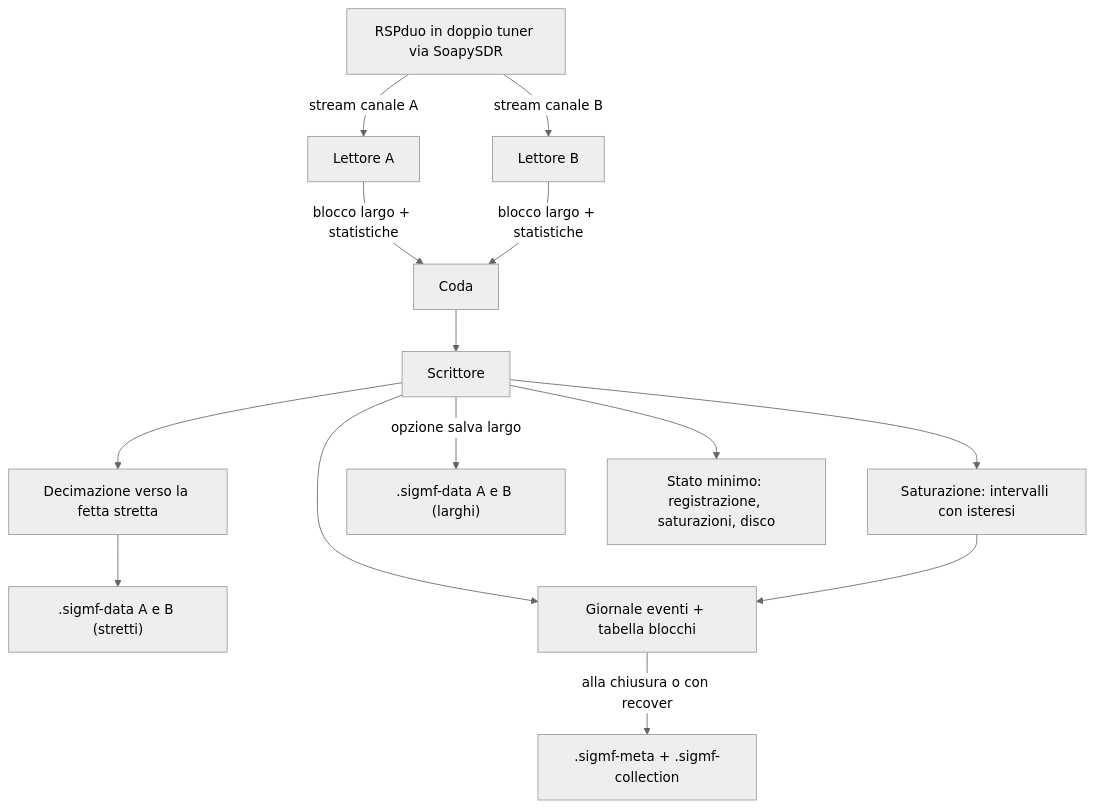
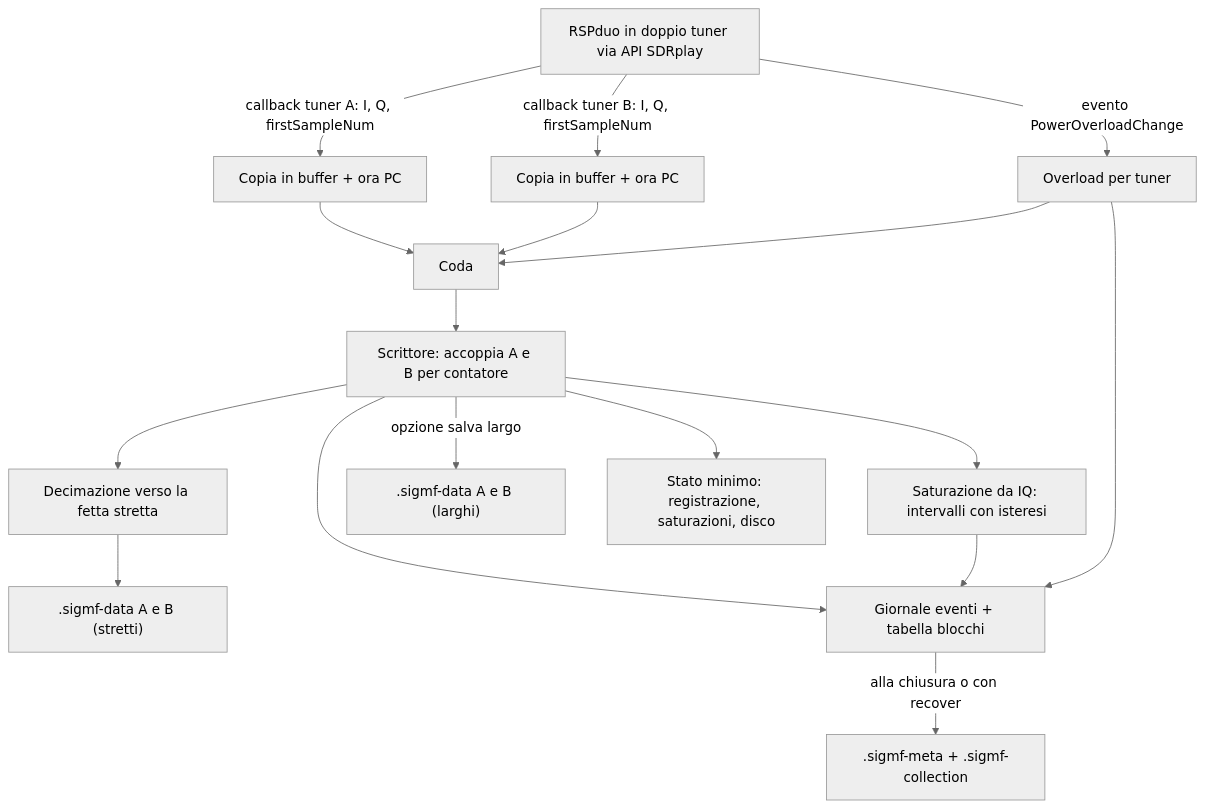
Before and after one commit to iu3qez/APET: the first of 2 diagrams in docs/plans/2026-10-09-1352-feat-dual-tuner-iq-recorder-plan.md, drawn with Mermaid (neutral theme). The commit also changed other lines of this file, not shown here.

First line of the commit message:
Plan: RSPduo via direct SDRplay API backend

````diff
--- a/docs/plans/2026-10-09-1352-feat-dual-tuner-iq-recorder-plan.md
+++ b/docs/plans/2026-10-09-1352-feat-dual-tuner-iq-recorder-plan.md
@@ -173,16 +174,19 @@
 ```mermaid
 flowchart TB
-  D[RSPduo in doppio tuner via SoapySDR] -->|stream canale A| RA[Lettore A]
-  D -->|stream canale B| RB[Lettore B]
-  RA -->|blocco largo + statistiche| Q[Coda]
-  RB -->|blocco largo + statistiche| Q
-  Q --> W[Scrittore]
-  W --> S[Saturazione: intervalli con isteresi]
+  D[RSPduo in doppio tuner via API SDRplay] -->|callback tuner A: I, Q, firstSampleNum| CA[Copia in buffer + ora PC]
+  D -->|callback tuner B: I, Q, firstSampleNum| CB[Copia in buffer + ora PC]
+  D -->|evento PowerOverloadChange| OV[Overload per tuner]
+  CA --> Q[Coda]
+  CB --> Q
+  OV --> Q
+  Q --> W[Scrittore: accoppia A e B per contatore]
+  W --> S[Saturazione da IQ: intervalli con isteresi]
   W --> X[Decimazione verso la fetta stretta]
   X --> F[".sigmf-data A e B (stretti)"]
   W -->|opzione salva largo| FW[".sigmf-data A e B (larghi)"]
   W --> J[Giornale eventi + tabella blocchi]
   S --> J
+  OV --> J
   J -->|alla chiusura o con recover| M[".sigmf-meta + .sigmf-collection"]
   W --> U[Stato minimo: registrazione, saturazioni, disco]
 ```
````
